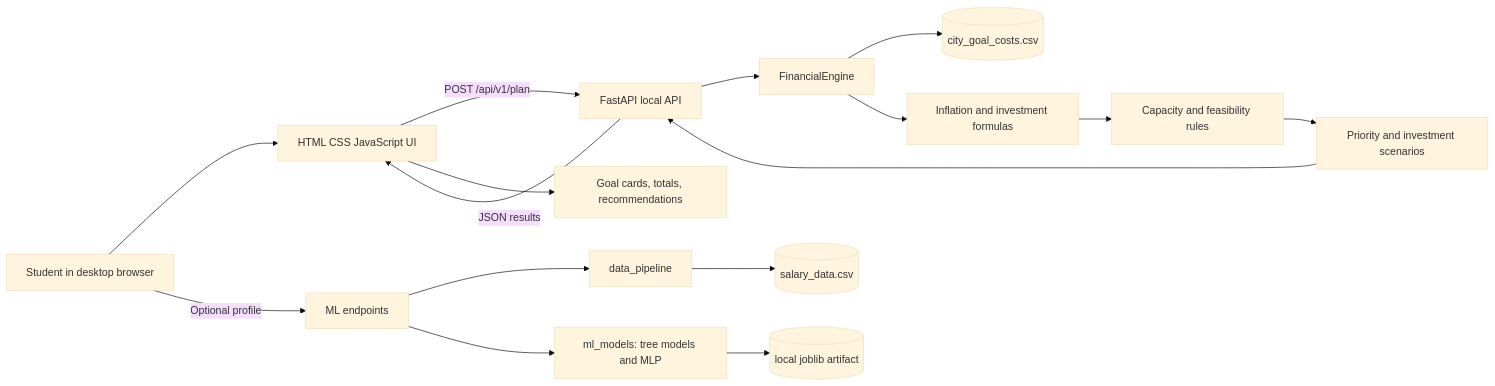
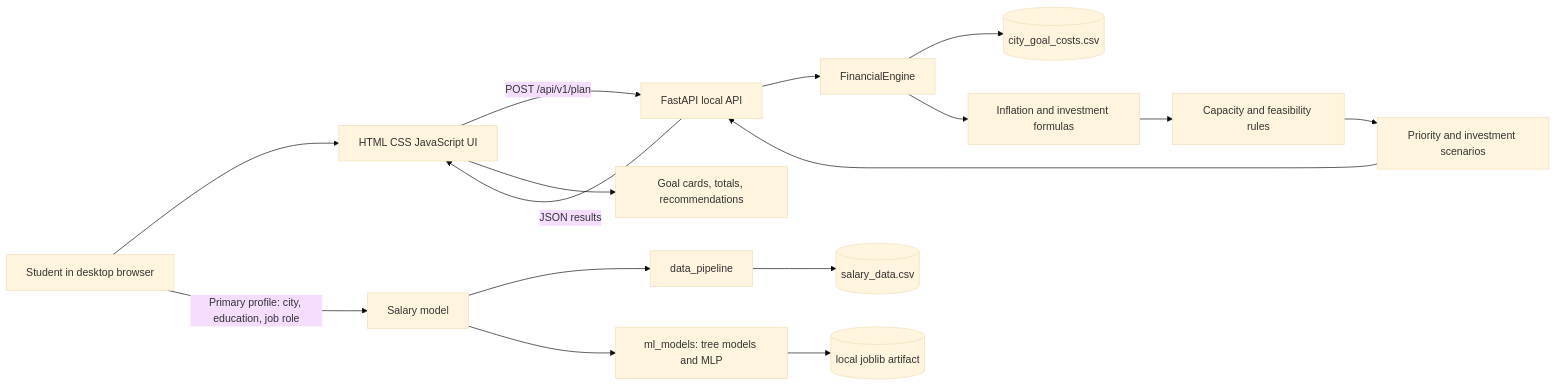
Before and after one commit to AdityaChakraborty/NextGenFinancial1: the diagram in ARCHITECTURE.md, drawn with Mermaid (base theme). The commit also changed other lines of this file and 11 other files, not shown here.

````diff
--- a/ARCHITECTURE.md
+++ b/ARCHITECTURE.md
@@ -3,18 +3,18 @@
 ```mermaid
 flowchart LR
     User[Student in desktop browser] --> UI[HTML CSS JavaScript UI]
     UI -->|POST /api/v1/plan| API[FastAPI local API]
     API --> Engine[FinancialEngine]
     Engine --> CSV[(city_goal_costs.csv)]
     Engine --> Formula[Inflation and investment formulas]
     Formula --> Feasibility[Capacity and feasibility rules]
     Feasibility --> Suggestions[Priority and investment scenarios]
     Suggestions --> API
     API -->|JSON results| UI
     UI --> Results[Goal cards, totals, recommendations]
-    User -->|Optional profile| ML[ML endpoints]
+    User -->|Primary profile: city, education, job role| ML[Salary model]
     ML --> Pipeline[data_pipeline]
     Pipeline --> Salary[(salary_data.csv)]
     ML --> Models[ml_models: tree models and MLP]
     Models --> Artifact[(local joblib artifact)]
 ```
````
